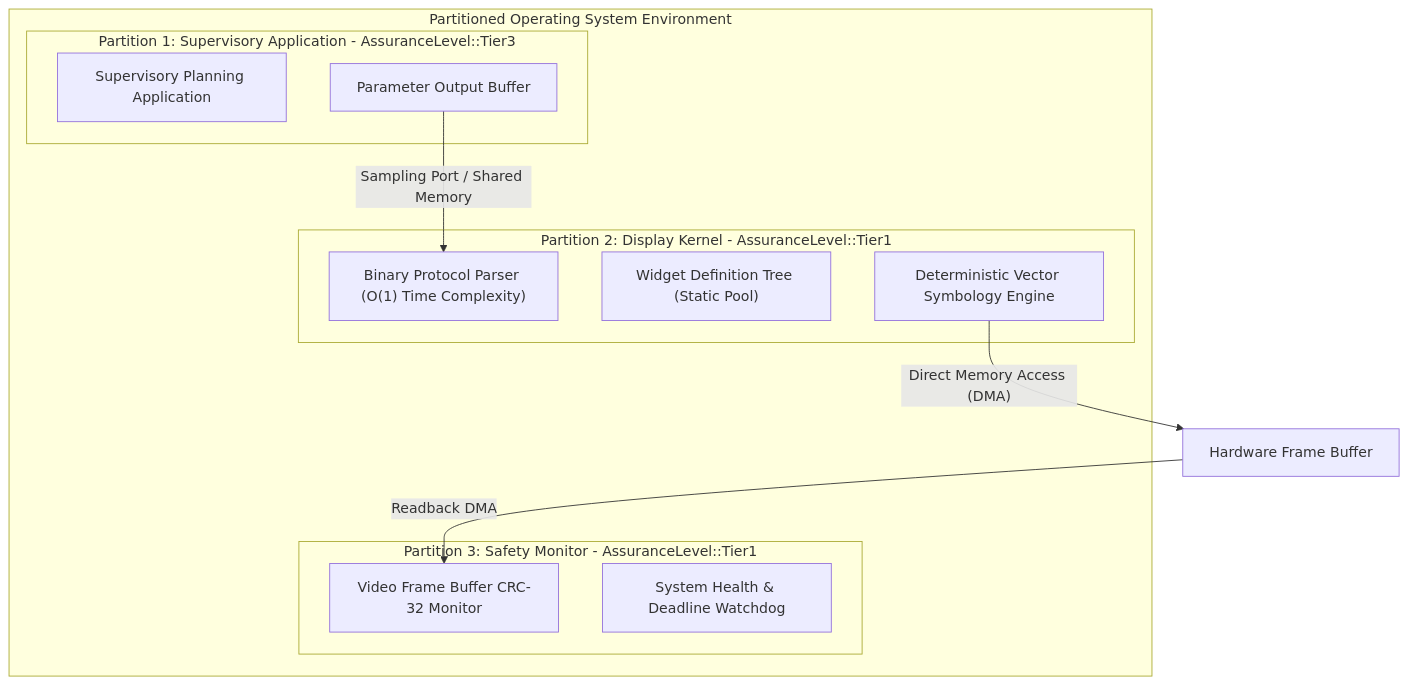
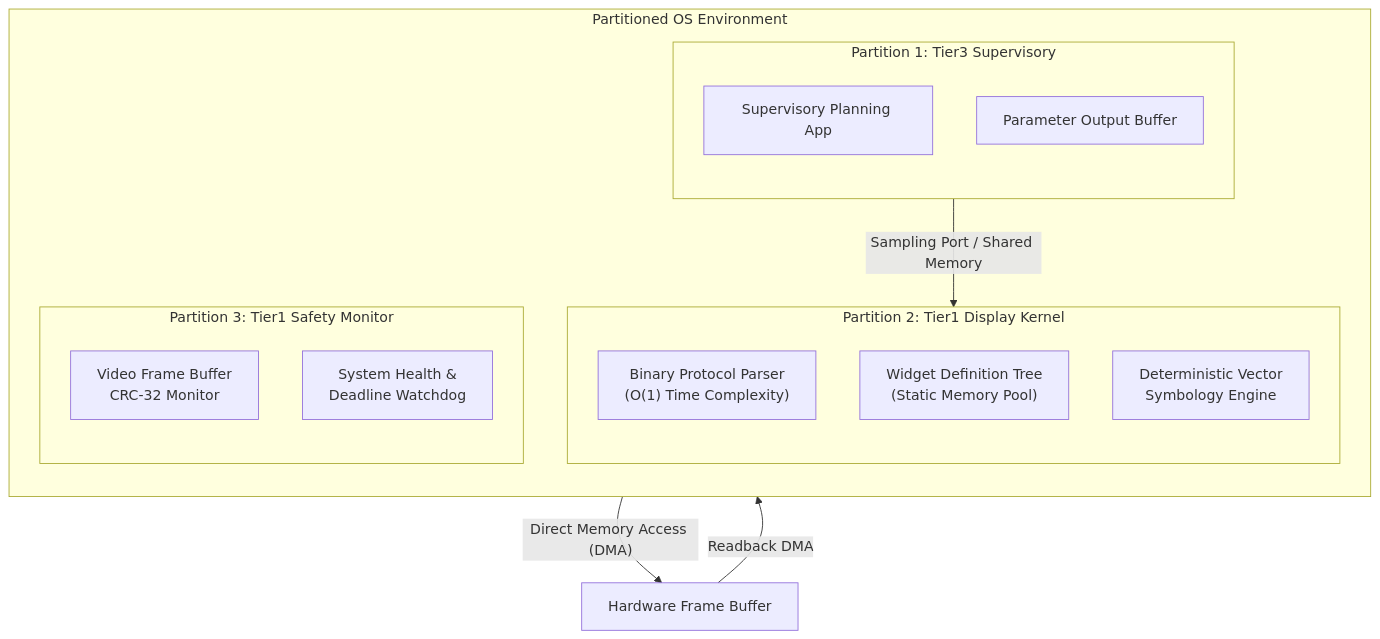
Before and after one commit to gintatkinson/DEAP01-spec-core: the second of 6 diagrams in docs/architecture/blueprints/SAFETY_CRITICAL_REALTIME_UI_FRAMEWORK.md, drawn with Mermaid. The commit also changed other lines of this file and 28 other files, not shown here.

````diff
--- a/docs/architecture/blueprints/SAFETY_CRITICAL_REALTIME_UI_FRAMEWORK.md
+++ b/docs/architecture/blueprints/SAFETY_CRITICAL_REALTIME_UI_FRAMEWORK.md
@@ -80,24 +83,28 @@
 ```mermaid
 flowchart TD
-    subgraph OS_Partition ["Partitioned Operating System Environment"]
-        subgraph Part1 ["Partition 1: Supervisory Application - AssuranceLevel::Tier3"]
-            App_Logic["Supervisory Planning Application"]
+    subgraph OS_Partition ["Partitioned OS Environment"]
+        direction TB
+        subgraph Part1 ["Partition 1: Tier3 Supervisory"]
+            direction TB
+            App_Logic["Supervisory Planning App"]
             App_Buffer["Parameter Output Buffer"]
         end
 
-        subgraph Part2 ["Partition 2: Display Kernel - AssuranceLevel::Tier1"]
-            Binary_Parser["Binary Protocol Parser (O(1) Time Complexity)"]
-            Widget_Tree["Widget Definition Tree (Static Pool)"]
-            Render_Engine["Deterministic Vector Symbology Engine"]
+        subgraph Part2 ["Partition 2: Tier1 Display Kernel"]
+            direction TB
+            Binary_Parser["Binary Protocol Parser<br/>(O(1) Time Complexity)"]
+            Widget_Tree["Widget Definition Tree<br/>(Static Memory Pool)"]
+            Render_Engine["Deterministic Vector<br/>Symbology Engine"]
         end
 
-        subgraph Part3 ["Partition 3: Safety Monitor - AssuranceLevel::Tier1"]
-            CRC_Monitor["Video Frame Buffer CRC-32 Monitor"]
-            Health_Monitor["System Health & Deadline Watchdog"]
+        subgraph Part3 ["Partition 3: Tier1 Safety Monitor"]
+            direction TB
+            CRC_Monitor["Video Frame Buffer<br/>CRC-32 Monitor"]
+            Health_Monitor["System Health &<br/>Deadline Watchdog"]
         end
     end
 
     App_Buffer -- "Sampling Port / Shared Memory" --> Binary_Parser
     Render_Engine -- "Direct Memory Access (DMA)" --> FrameBuffer["Hardware Frame Buffer"]
     FrameBuffer -- "Readback DMA" --> CRC_Monitor
 ```
````
